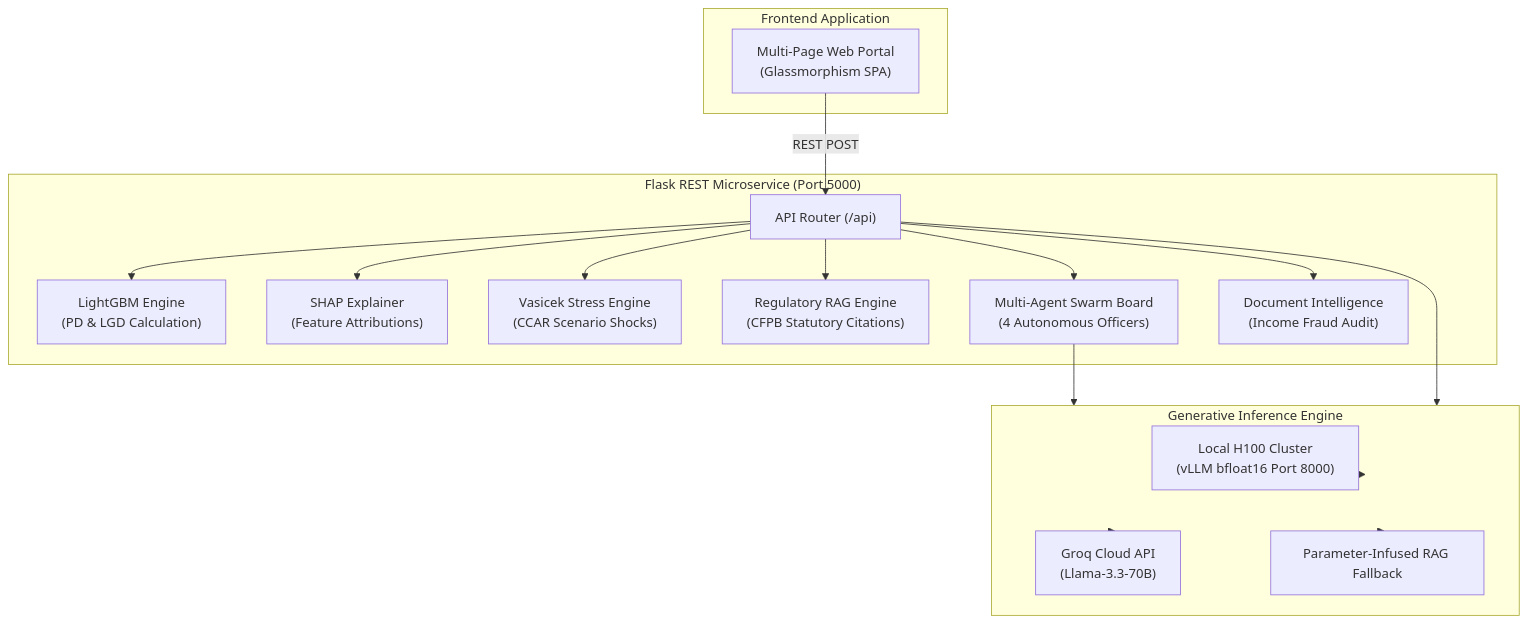
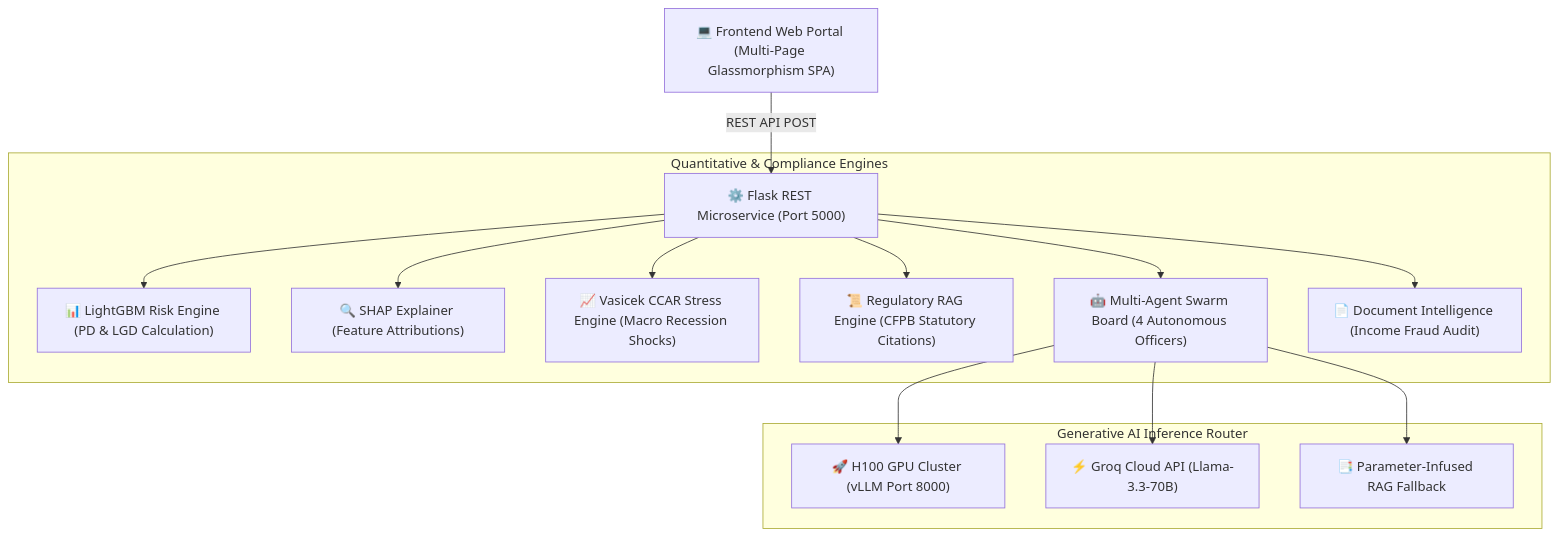
Before and after one commit to JayKalbi/institutional-risk-engine: the first of 3 diagrams in README.md, drawn with Mermaid. The commit also changed other lines of this file, not shown here.

Commit message:
Fix LaTeX ampersand error, streamline Mermaid diagram layout, and add venv setup steps to Quick Start

````diff
--- a/README.md
+++ b/README.md
@@ -46,36 +46,19 @@
 ```mermaid
-flowchart TB
-    subgraph ClientLayer["Frontend Application"]
-        UI["Multi-Page Web Portal<br/>(Glassmorphism SPA)"]
+flowchart TD
+    UI["💻 Frontend Web Portal (Multi-Page Glassmorphism SPA)"] -->|REST API POST| API["⚙️ Flask REST Microservice (Port 5000)"]
+
+    subgraph Engines["Quantitative & Compliance Engines"]
+        API --> QUANT["📊 LightGBM Risk Engine (PD & LGD Calculation)"]
+        API --> XAI["🔍 SHAP Explainer (Feature Attributions)"]
+        API --> MACRO["📈 Vasicek CCAR Stress Engine (Macro Recession Shocks)"]
+        API --> RAG["📜 Regulatory RAG Engine (CFPB Statutory Citations)"]
+        API --> SWARM["🤖 Multi-Agent Swarm Board (4 Autonomous Officers)"]
+        API --> DOC["📄 Document Intelligence (Income Fraud Audit)"]
     end
 
-    subgraph ServiceLayer["Flask REST Microservice (Port 5000)"]
-        API["API Router (/api)"]
-        QUANT["LightGBM Engine<br/>(PD & LGD Calculation)"]
-        XAI["SHAP Explainer<br/>(Feature Attributions)"]
-        MACRO["Vasicek Stress Engine<br/>(CCAR Scenario Shocks)"]
-        RAG["Regulatory RAG Engine<br/>(CFPB Statutory Citations)"]
-        SWARM["Multi-Agent Swarm Board<br/>(4 Autonomous Officers)"]
-        DOC["Document Intelligence<br/>(Income Fraud Audit)"]
+    subgraph InferenceRouter["Generative AI Inference Router"]
+        SWARM --> H100["🚀 H100 GPU Cluster (vLLM Port 8000)"]
+        SWARM --> GROQ["⚡ Groq Cloud API (Llama-3.3-70B)"]
+        SWARM --> FALLBACK["📑 Parameter-Infused RAG Fallback"]
     end
-
-    subgraph LLMLayer["Generative Inference Engine"]
-        H100["Local H100 Cluster<br/>(vLLM bfloat16 Port 8000)"]
-        GROQ["Groq Cloud API<br/>(Llama-3.3-70B)"]
-        FALLBACK["Parameter-Infused RAG Fallback"]
-    end
-
-    UI -->|REST POST| API
-    API --> QUANT
-    API --> XAI
-    API --> MACRO
-    API --> RAG
-    API --> SWARM
-    API --> DOC
-
-    SWARM --> LLMLayer
-    API --> LLMLayer
-    LLMLayer --> H100
-    LLMLayer --> GROQ
-    LLMLayer --> FALLBACK
 ```
````
